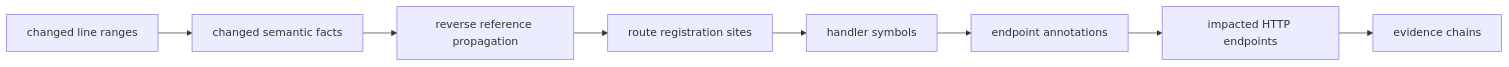
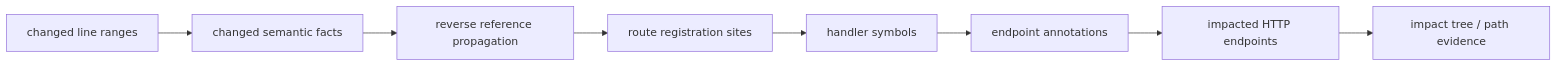
The third of 3 diagrams in docs/design/go-analyzer-mvp-architecture.md (Flying-Bird1999/go-analyzer), drawn with Mermaid before and after one commit. The commit also changed other lines of this file and 72 other files, not shown here.

Commit message:
feat: implement symbol impact tree analyzer

````diff
--- a/docs/design/go-analyzer-mvp-architecture.md
+++ b/docs/design/go-analyzer-mvp-architecture.md
@@ -286,10 +288,10 @@
 ```mermaid
 flowchart LR
   Diff["changed line ranges"] --> ChangedFacts["changed semantic facts"]
   ChangedFacts --> ReverseRefs["reverse reference propagation"]
   ReverseRefs --> RouteSites["route registration sites"]
   RouteSites --> HandlerSymbols["handler symbols"]
   HandlerSymbols --> Annotations["endpoint annotations"]
   Annotations --> Endpoints["impacted HTTP endpoints"]
-  Endpoints --> Evidence["evidence chains"]
+  Endpoints --> Tree["impact tree / path evidence"]
 ```
````
